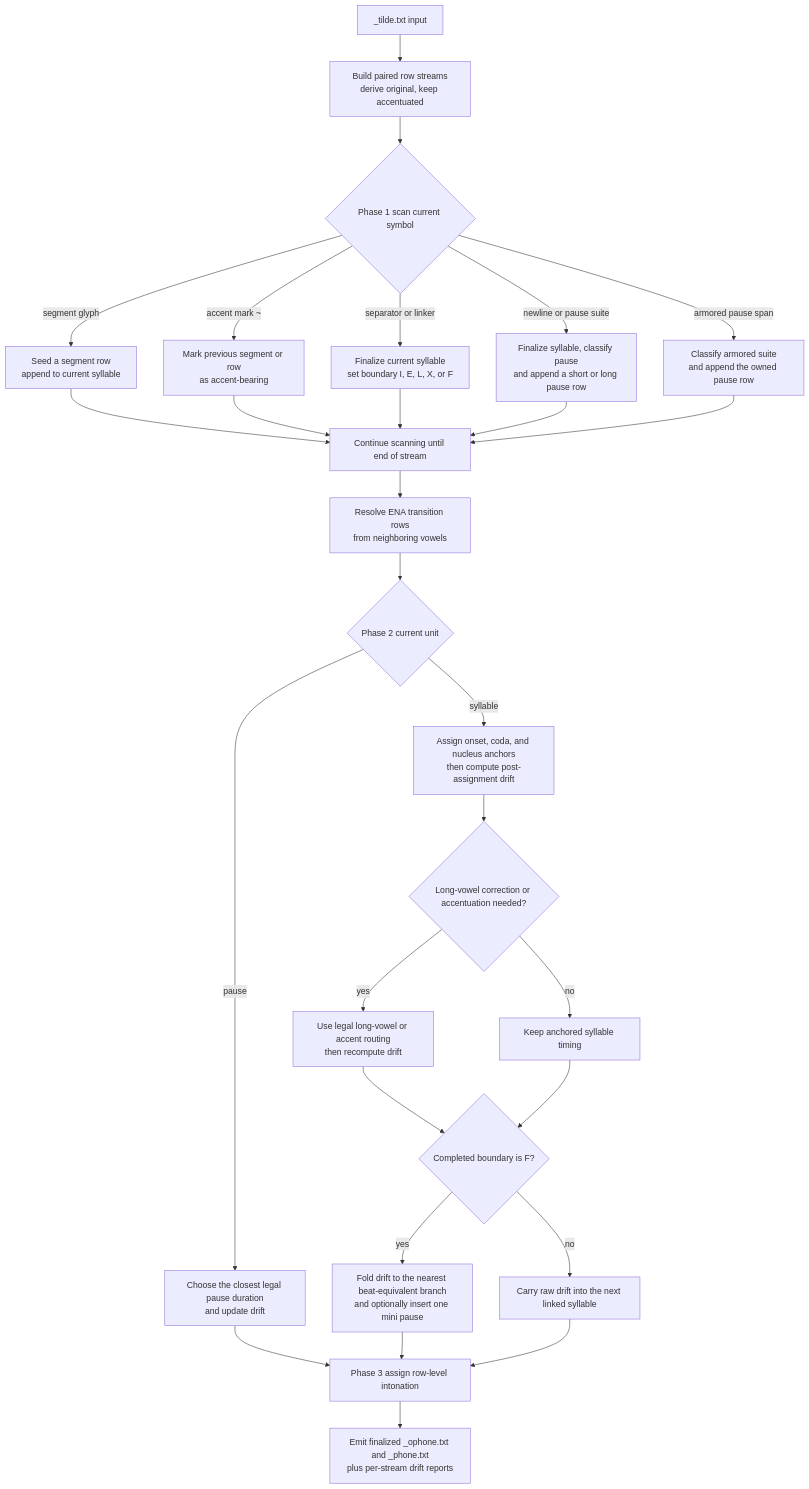
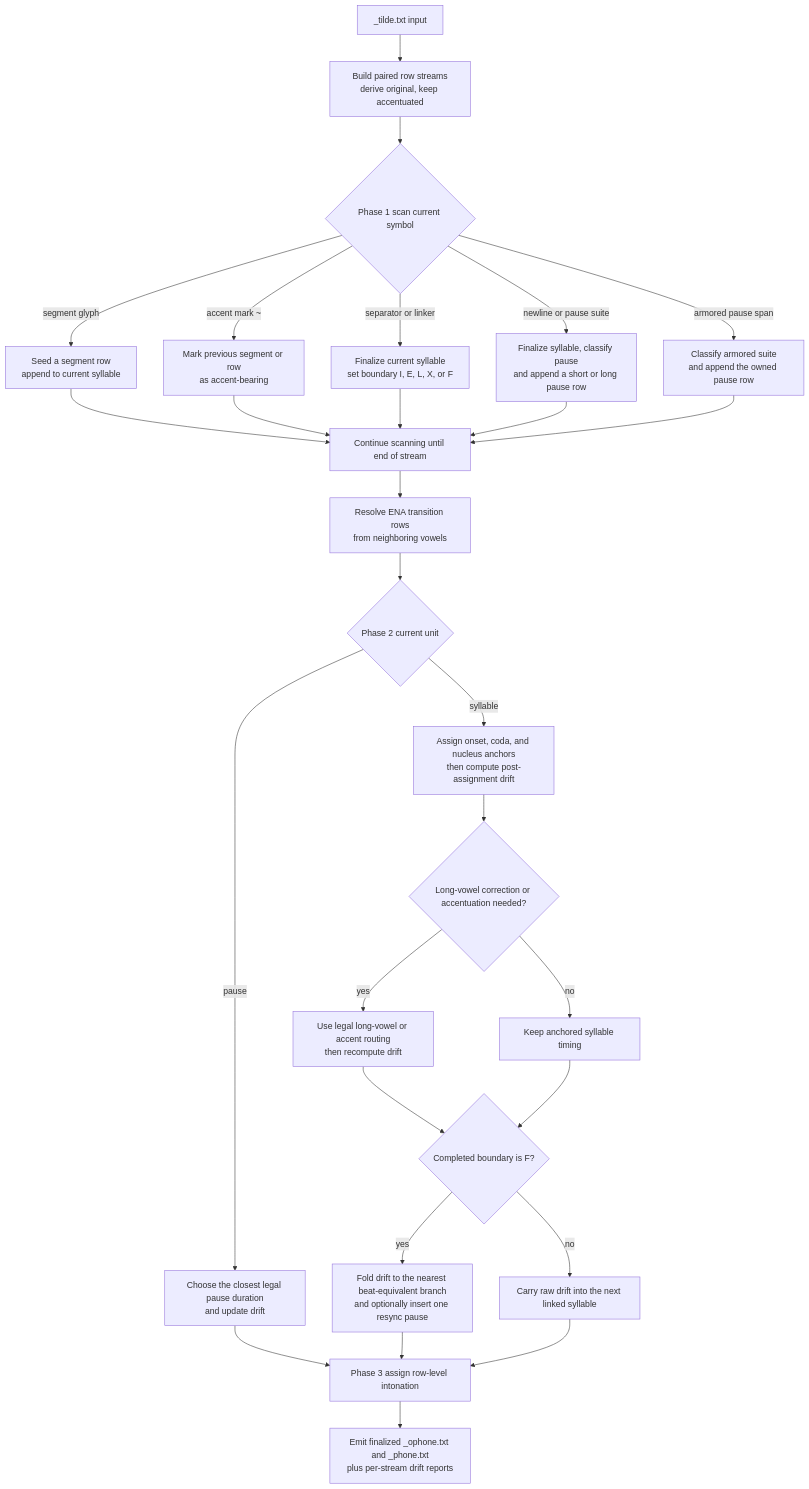
The first of 4 diagrams in docs/akkapros/phonetizer-algorithm.md (samuelkabak/akkapros), drawn with Mermaid before and after one commit. The commit also changed other lines of this file and 23 other files, not shown here.

Commit message:
Implement CR-083: Rename Mini Pause to Resync Pause and Add Toggle

````diff
--- a/docs/akkapros/phonetizer-algorithm.md
+++ b/docs/akkapros/phonetizer-algorithm.md
@@ -24,30 +24,30 @@
 ```mermaid
 flowchart TD
     A["_tilde.txt input"] --> B["Build paired row streams\nderive original, keep accentuated"]
     B --> C{"Phase 1 scan current symbol"}
     C -->|"segment glyph"| D["Seed a segment row\nappend to current syllable"]
     C -->|"accent mark ~"| E["Mark previous segment or row\nas accent-bearing"]
     C -->|"separator or linker"| F["Finalize current syllable\nset boundary I, E, L, X, or F"]
     C -->|"newline or pause suite"| G["Finalize syllable, classify pause\nand append a short or long pause row"]
     C -->|"armored pause span"| H["Classify armored suite\nand append the owned pause row"]
     D --> I["Continue scanning until end of stream"]
     E --> I
     F --> I
     G --> I
     H --> I
     I --> J["Resolve ENA transition rows\nfrom neighboring vowels"]
     J --> K{"Phase 2 current unit"}
     K -->|"pause"| L["Choose the closest legal pause duration\nand update drift"]
     K -->|"syllable"| M["Assign onset, coda, and nucleus anchors\nthen compute post-assignment drift"]
     M --> N{"Long-vowel correction or accentuation needed?"}
     N -->|"yes"| O["Use legal long-vowel or accent routing\nthen recompute drift"]
     N -->|"no"| P["Keep anchored syllable timing"]
     O --> Q{"Completed boundary is F?"}
     P --> Q
-    Q -->|"yes"| R["Fold drift to the nearest beat-equivalent branch\nand optionally insert one mini pause"]
+    Q -->|"yes"| R["Fold drift to the nearest beat-equivalent branch\nand optionally insert one resync pause"]
     Q -->|"no"| S["Carry raw drift into the next linked syllable"]
     L --> T["Phase 3 assign row-level intonation"]
     R --> T
     S --> T
     T --> U["Emit finalized _ophone.txt and _phone.txt\nplus per-stream drift reports"]
 ```
````
